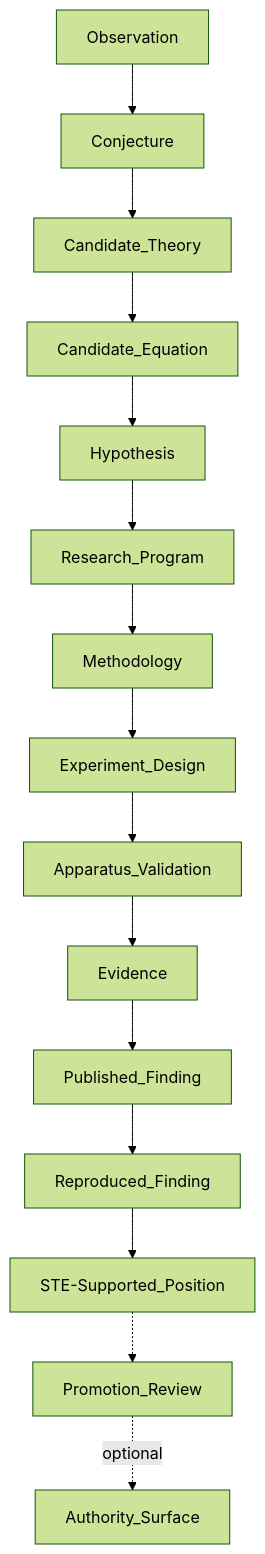
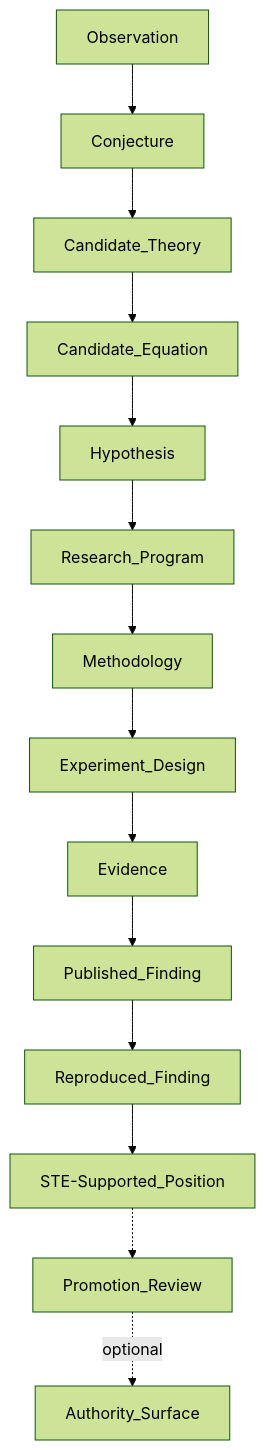
The first of 2 diagrams in 14-research/14-02-research-lifecycle.md (egallmann/ste-handbook), drawn with Mermaid (forest theme) before and after one commit. The commit also changed other lines of this file and 26 other files, not shown here.

````diff
--- a/14-research/14-02-research-lifecycle.md
+++ b/14-research/14-02-research-lifecycle.md
@@ -27,17 +31,16 @@
 ```mermaid
 flowchart TD
   Observation --> Conjecture
   Conjecture --> CandidateTheory[Candidate_Theory]
   CandidateTheory --> CandidateEquation[Candidate_Equation]
   CandidateEquation --> Hypothesis
   Hypothesis --> ResearchProgram[Research_Program]
   ResearchProgram --> Methodology
   Methodology --> StudyDesign[Experiment_Design]
-  StudyDesign --> ApparatusValidation[Apparatus_Validation]
-  ApparatusValidation --> Evidence
+  StudyDesign --> Evidence
   Evidence --> PublishedFinding[Published_Finding]
   PublishedFinding --> ReproducedFinding[Reproduced_Finding]
   ReproducedFinding --> STESupported[STE-Supported_Position]
   STESupported -.-> PromotionReview[Promotion_Review]
   PromotionReview -. optional .-> Authority[Authority_Surface]
 ```
````
